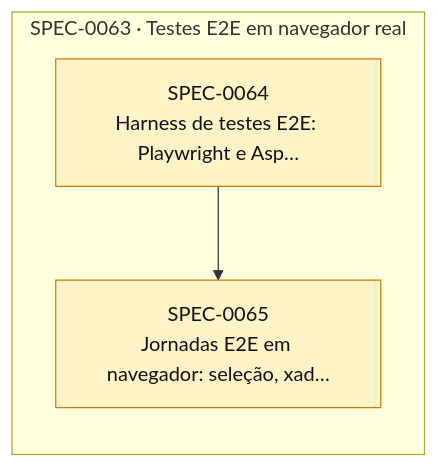
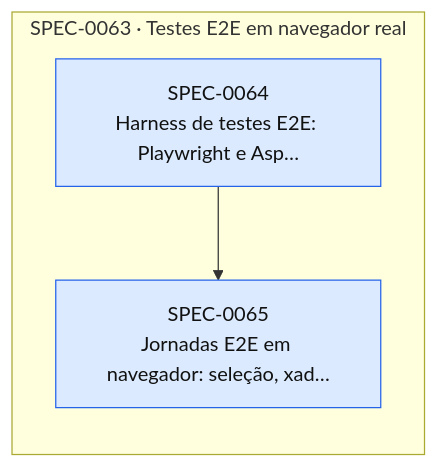
Before and after one commit to thomasravache/xo-arena: the diagram in docs/specs/INDEX.md, drawn with Mermaid. The commit also changed other lines of this file and 4 other files, not shown here.

````diff
--- a/docs/specs/INDEX.md
+++ b/docs/specs/INDEX.md
@@ -39,13 +39,13 @@
 ```mermaid
 flowchart LR
   subgraph E0063["SPEC-0063 · Testes E2E em navegador real"]
-    S0064["SPEC-0064<br/>Harness de testes E2E: Playwright e Asp…"]:::proposed
-    S0065["SPEC-0065<br/>Jornadas E2E em navegador: seleção, xad…"]:::proposed
+    S0064["SPEC-0064<br/>Harness de testes E2E: Playwright e Asp…"]:::approved
+    S0065["SPEC-0065<br/>Jornadas E2E em navegador: seleção, xad…"]:::approved
   end
   S0064 --> S0065
   classDef proposed fill:#fef3c7,stroke:#d97706,color:#111
   classDef approved fill:#dbeafe,stroke:#2563eb,color:#111
   classDef inprogress fill:#ede9fe,stroke:#7c3aed,color:#111
   classDef implemented fill:#dcfce7,stroke:#16a34a,color:#111
   classDef deprecated fill:#f3f4f6,stroke:#9ca3af,color:#6b7280
 ```
````
